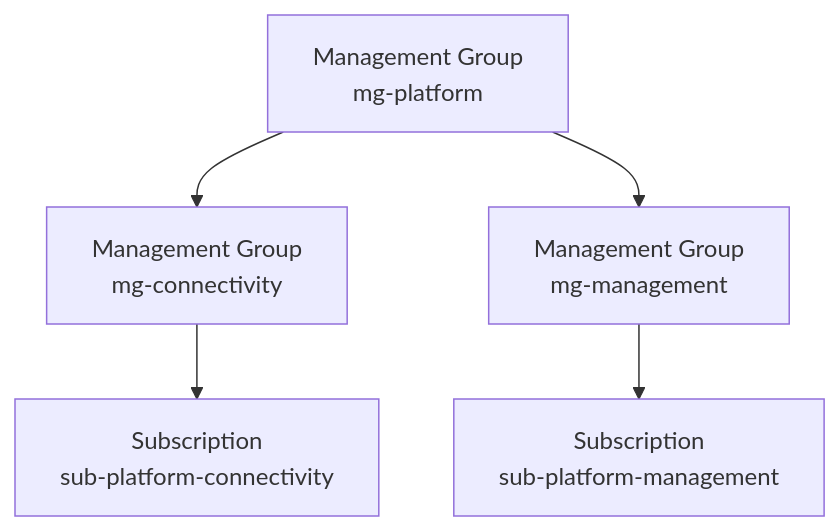
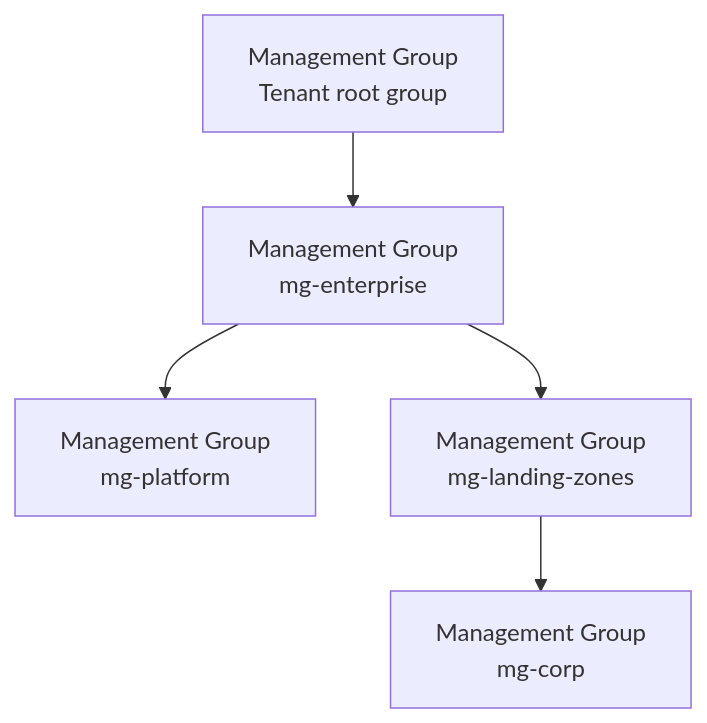
The first of 2 diagrams in docs/04-target-architecture.md (Amira-hegazy/enterprise-azure-landing-zone_AH), drawn with Mermaid before and after one commit. The commit also changed other lines of this file, not shown here.

Commit message:
Add top-level management group hierarchy

````diff
--- a/docs/04-target-architecture.md
+++ b/docs/04-target-architecture.md
@@ -172,10 +176,10 @@
 ```mermaid
 flowchart TB
-    PLATFORM["Management Group<br/>mg-platform"]
+    ROOT["Management Group<br/>Tenant root group"]
+    ROOT --> ENTERPRISE["Management Group<br/>mg-enterprise"]
 
-    PLATFORM --> CONNECTIVITY["Management Group<br/>mg-connectivity"]
-    PLATFORM --> MANAGEMENT["Management Group<br/>mg-management"]
+    ENTERPRISE --> PLATFORM["Management Group<br/>mg-platform"]
+    ENTERPRISE --> LANDINGZONES["Management Group<br/>mg-landing-zones"]
 
-    CONNECTIVITY --> C["Subscription<br/>sub-platform-connectivity"]
-    MANAGEMENT --> M["Subscription<br/>sub-platform-management"]
+    LANDINGZONES --> CORP["Management Group<br/>mg-corp"]
 ```
````
